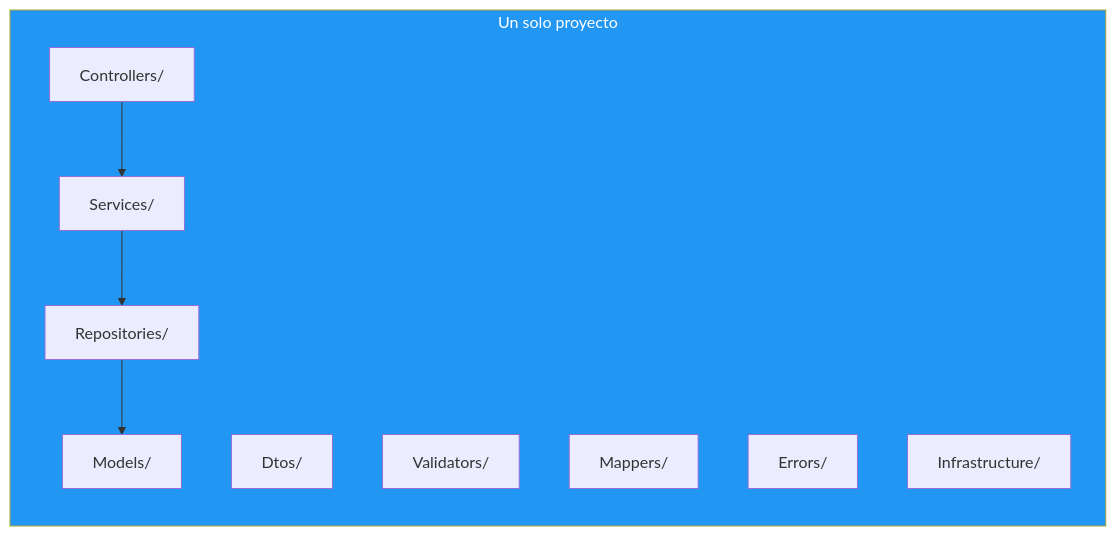
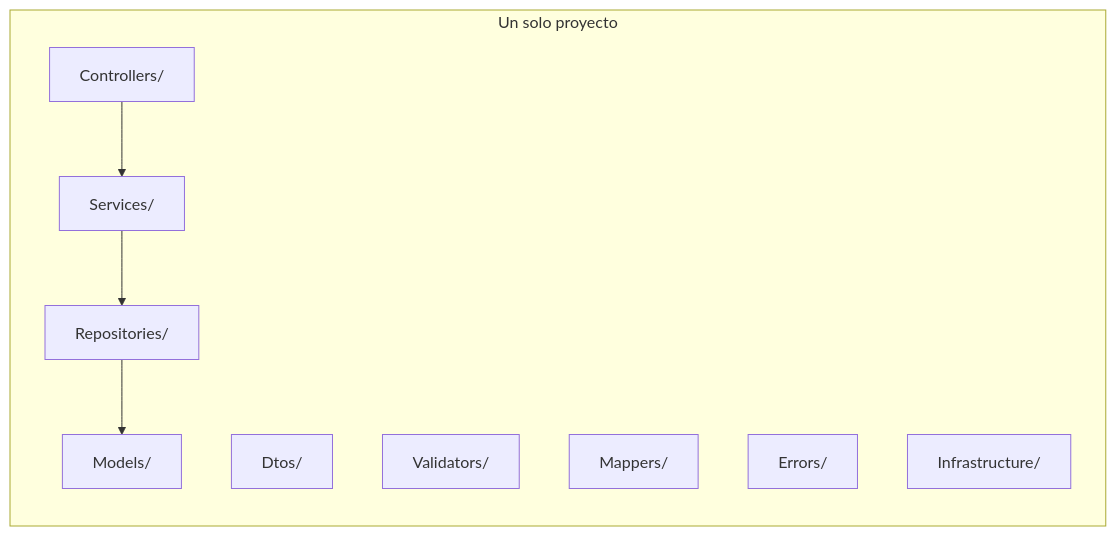
Before and after one commit to joseluisgs/DesarrolloWebEntornosServidor-02-2026-2027: the sixth of 8 diagrams in 11-clean-architecture.md, drawn with Mermaid. The commit also changed other lines of this file and 4 other files, not shown here.

Commit message:
docs: quitar el relleno a los subgraf de los diagramas de los temas 01, 10, 11, 19 y 30

````diff
--- a/11-clean-architecture.md
+++ b/11-clean-architecture.md
@@ -471,21 +459,20 @@
 ```mermaid
 flowchart TB
     subgraph PROYECTO["Un solo proyecto"]
         direction TB
         CTRL["Controllers/"]
         SVC["Services/"]
         REPO["Repositories/"]
         MDL["Models/"]
         DTO["Dtos/"]
         VAL["Validators/"]
         MAP["Mappers/"]
         ERR["Errors/"]
         INF["Infrastructure/"]
     end
 
     CTRL --> SVC
     SVC --> REPO
     REPO --> MDL
 
-    style PROYECTO fill:#2196F3,color:#fff
 ```
````
